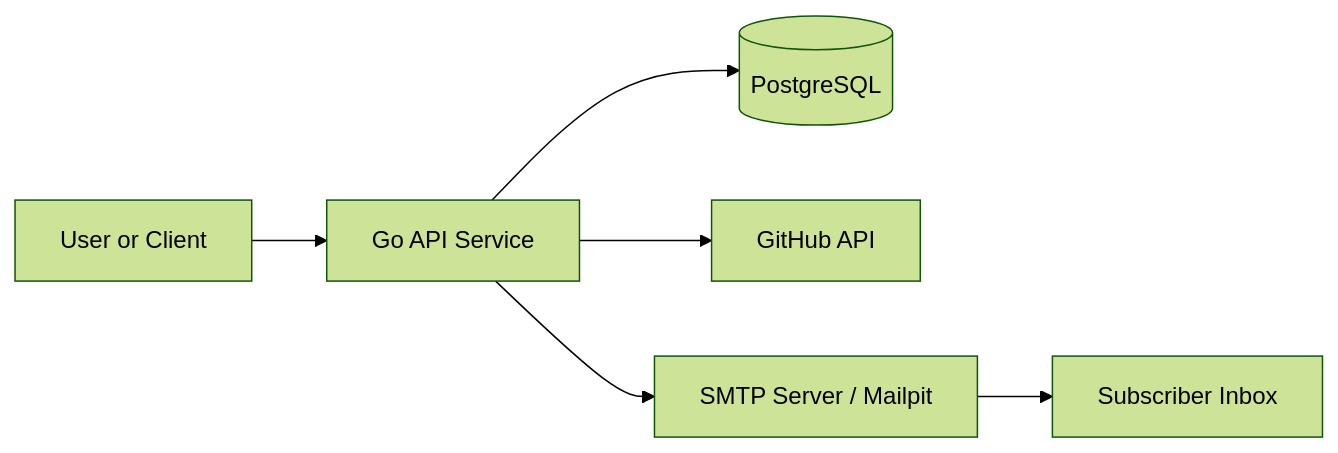
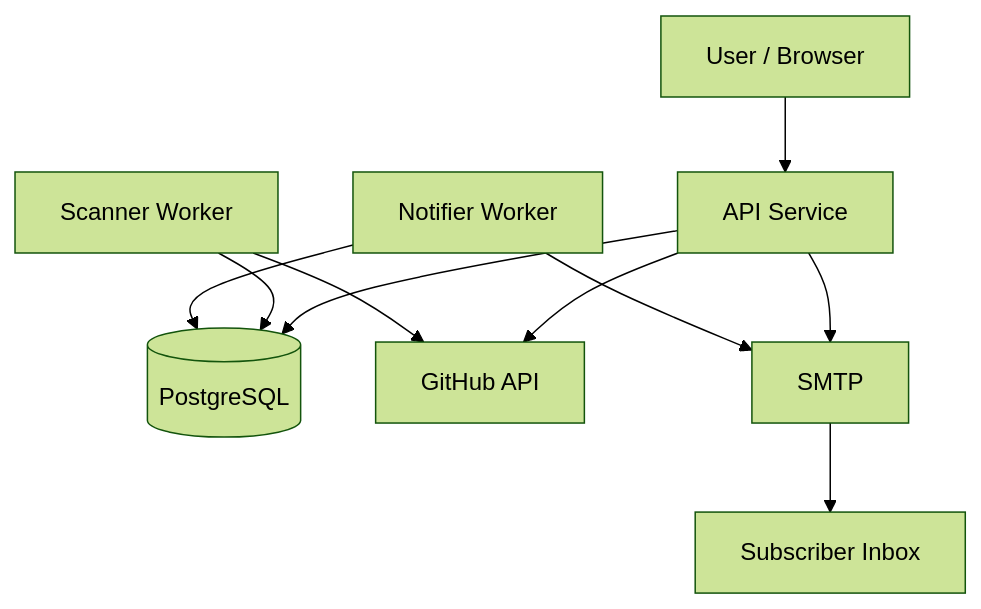
One commit to dmytrovoron/github-release-notification changed the diagram in README.md. Above: the diagram before and after it, drawn with Mermaid (forest theme). The commit also changed other lines of this file and 5 other files, not shown here.

````diff
--- a/README.md
+++ b/README.md
@@ -17,8 +41,15 @@
 ```mermaid
-flowchart LR
-  User[User or Client] --> API[Go API Service]
+flowchart TB
+  User[User / Browser] --> API[API Service]
   API --> DB[(PostgreSQL)]
   API --> GH[GitHub API]
-  API --> SMTP[SMTP Server / Mailpit]
+  API --> SMTP[SMTP]
+
+  Scanner[Scanner Worker] --> DB
+  Scanner --> GH
+
+  Notifier[Notifier Worker] --> DB
+  Notifier --> SMTP
+
   SMTP --> Inbox[Subscriber Inbox]
 ```
````
